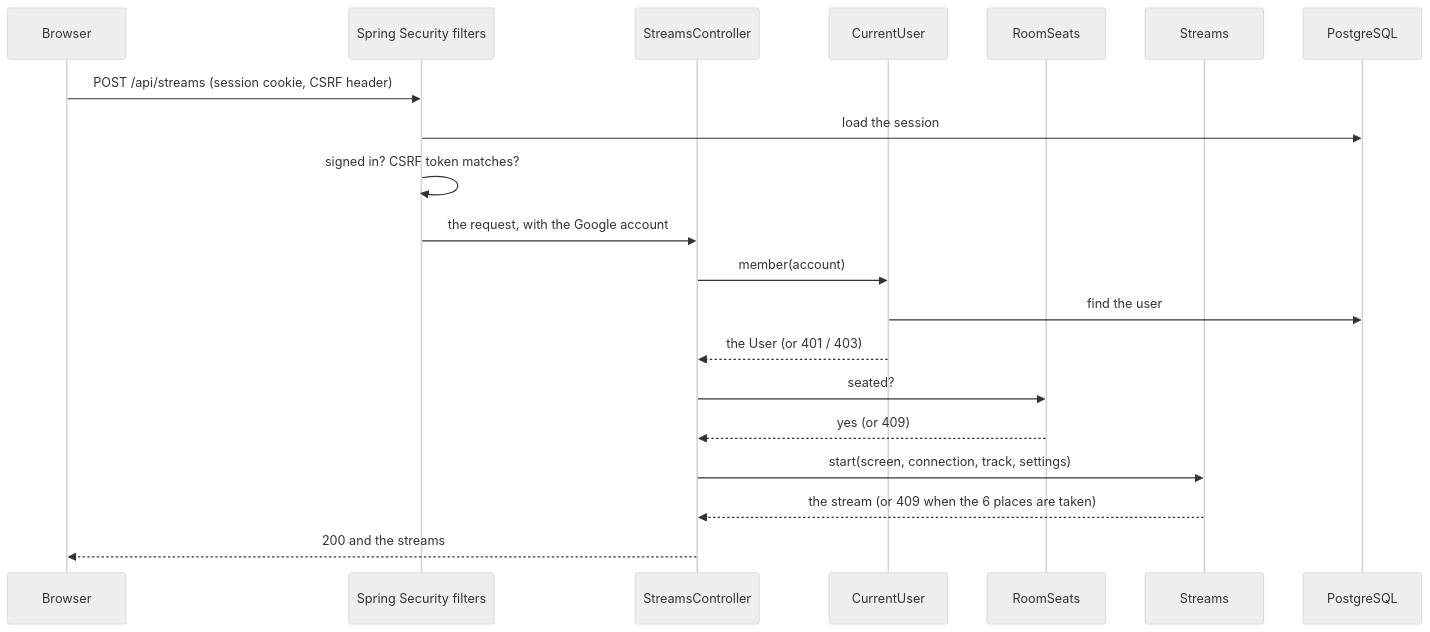
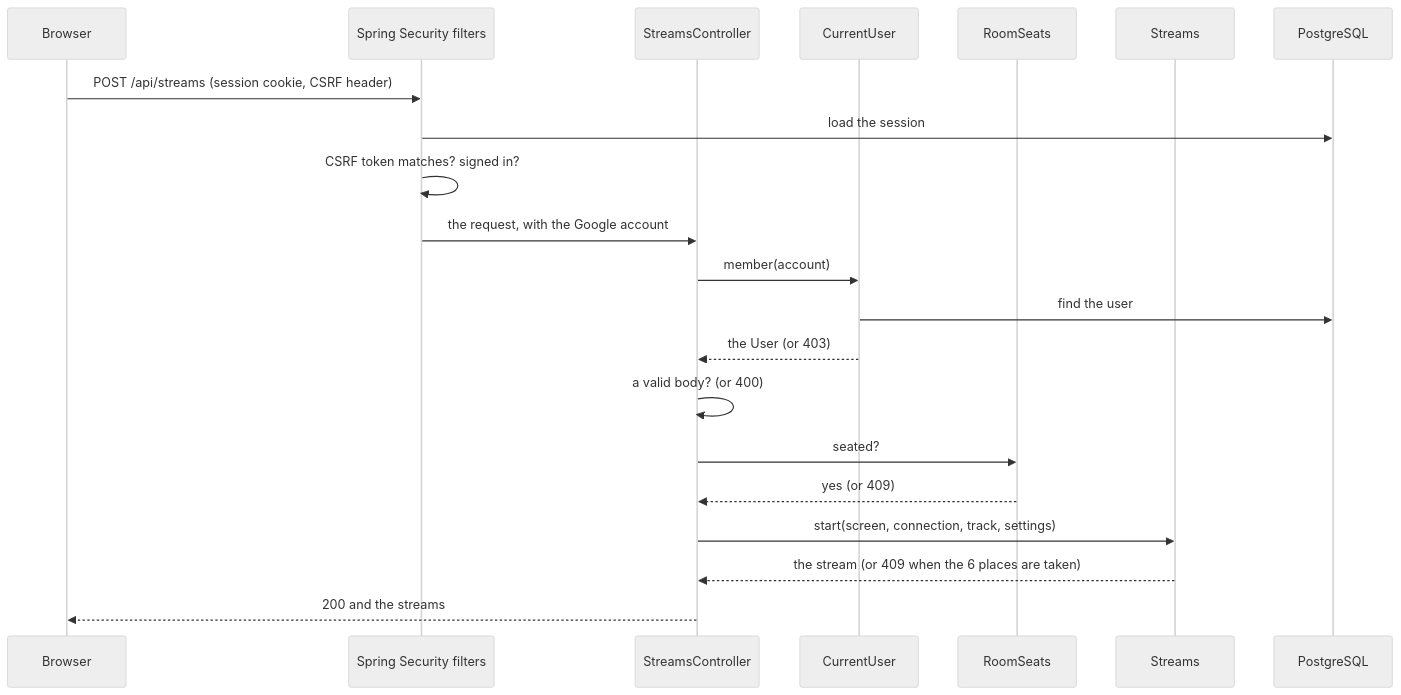
One commit to Hbrauveres/xove-api changed the second of 3 diagrams in docs/architecture.md. Above: the diagram before and after it, drawn with Mermaid (neutral theme). The commit also changed other lines of this file and 3 other files, not shown here.

````diff
--- a/docs/architecture.md
+++ b/docs/architecture.md
@@ -53,22 +54,23 @@
 ```mermaid
 sequenceDiagram
   participant B as Browser
   participant F as Spring Security filters
   participant C as StreamsController
   participant U as CurrentUser
   participant R as RoomSeats
   participant S as Streams
   participant D as PostgreSQL
   B->>F: POST /api/streams (session cookie, CSRF header)
   F->>D: load the session
-  F->>F: signed in? CSRF token matches?
+  F->>F: CSRF token matches? signed in?
   F->>C: the request, with the Google account
   C->>U: member(account)
   U->>D: find the user
-  U-->>C: the User (or 401 / 403)
+  U-->>C: the User (or 403)
+  C->>C: a valid body? (or 400)
   C->>R: seated?
   R-->>C: yes (or 409)
   C->>S: start(screen, connection, track, settings)
   S-->>C: the stream (or 409 when the 6 places are taken)
   C-->>B: 200 and the streams
 ```
````
